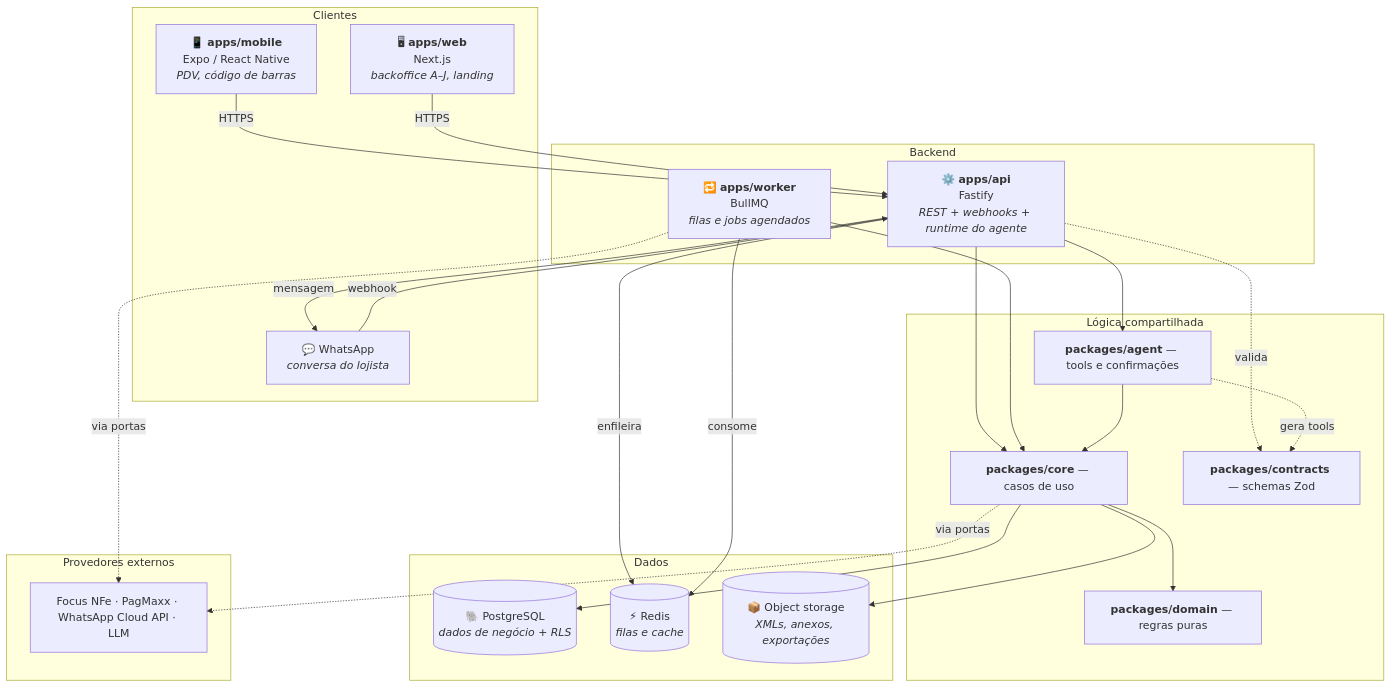
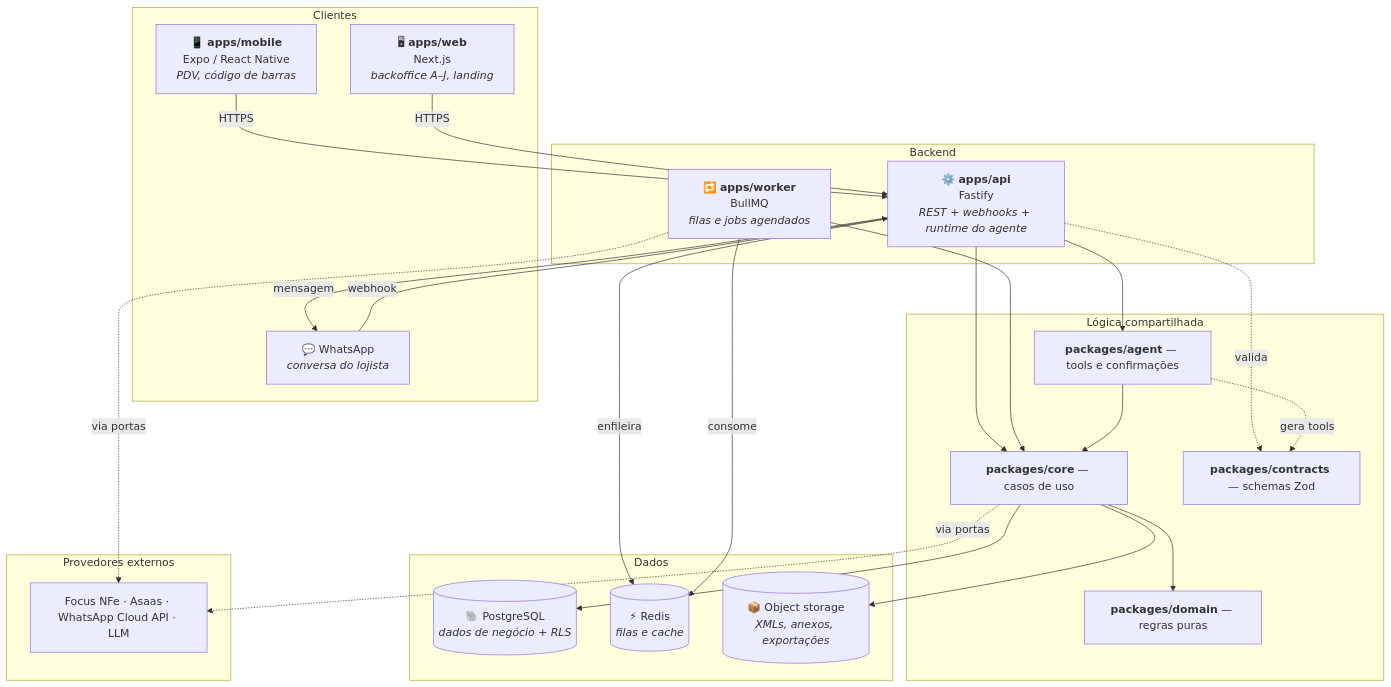
Before and after one commit to glevi2004/na-regua: the second of 3 diagrams in docs/arquitetura/visao-geral.md, drawn with Mermaid. The commit also changed other lines of this file and 50 other files, not shown here.

First line of the commit message:
refactor(integrations): replace PagMaxx with Asaas integration

````diff
--- a/docs/arquitetura/visao-geral.md
+++ b/docs/arquitetura/visao-geral.md
@@ -50,50 +50,50 @@
 ```mermaid
 flowchart TB
     subgraph clientes["Clientes"]
         MOBILE["📱 <b>apps/mobile</b><br/>Expo / React Native<br/><i>PDV, código de barras</i>"]
         WEBAPP["🖥 <b>apps/web</b><br/>Next.js<br/><i>backoffice A–J, landing</i>"]
         WPP["💬 WhatsApp<br/><i>conversa do lojista</i>"]
     end
 
     subgraph backend["Backend"]
         API["⚙️ <b>apps/api</b><br/>Fastify<br/><i>REST + webhooks + runtime do agente</i>"]
         WORKER["🔁 <b>apps/worker</b><br/>BullMQ<br/><i>filas e jobs agendados</i>"]
     end
 
     subgraph logica["Lógica compartilhada"]
         CORE["<b>packages/core</b> — casos de uso"]
         DOMAIN["<b>packages/domain</b> — regras puras"]
         AGENT["<b>packages/agent</b> — tools e confirmações"]
         CONTRACTS["<b>packages/contracts</b> — schemas Zod"]
     end
 
     subgraph dados["Dados"]
         PG[("🐘 PostgreSQL<br/><i>dados de negócio + RLS</i>")]
         REDIS[("⚡ Redis<br/><i>filas e cache</i>")]
         BLOB[("📦 Object storage<br/><i>XMLs, anexos, exportações</i>")]
     end
 
     subgraph externos["Provedores externos"]
-        EXT["Focus NFe · PagMaxx · WhatsApp Cloud API · LLM"]
+        EXT["Focus NFe · Asaas · WhatsApp Cloud API · LLM"]
     end
 
     MOBILE -->|HTTPS| API
     WEBAPP -->|HTTPS| API
     WPP -->|webhook| API
     API -->|mensagem| WPP
 
     API --> CORE
     API --> AGENT
     WORKER --> CORE
     AGENT --> CORE
     CORE --> DOMAIN
     API -.->|valida| CONTRACTS
     AGENT -.->|gera tools| CONTRACTS
 
     API -->|enfileira| REDIS
     WORKER -->|consome| REDIS
     CORE --> PG
     CORE --> BLOB
     CORE -.->|via portas| EXT
     WORKER -.->|via portas| EXT
 ```
````
